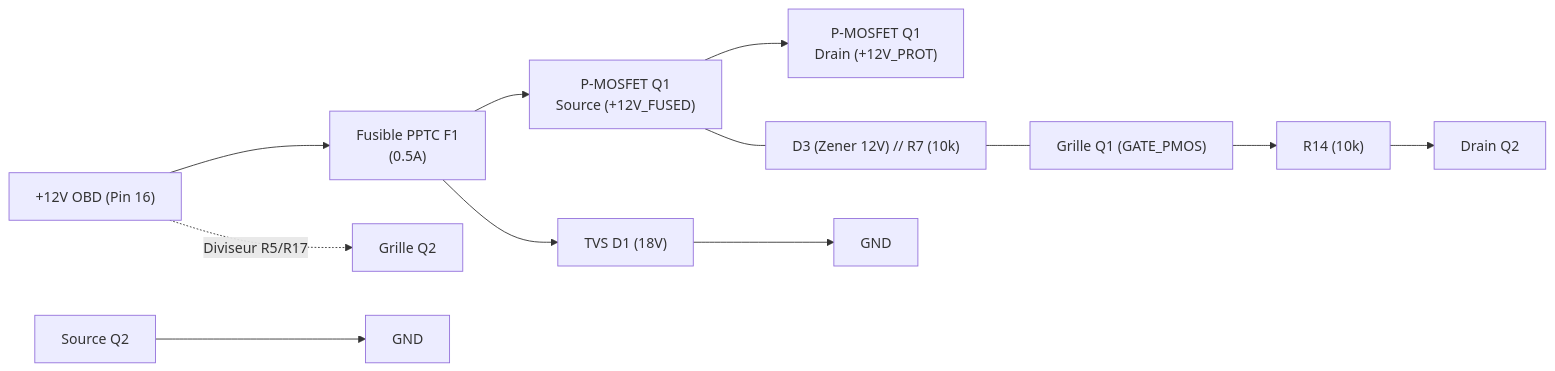
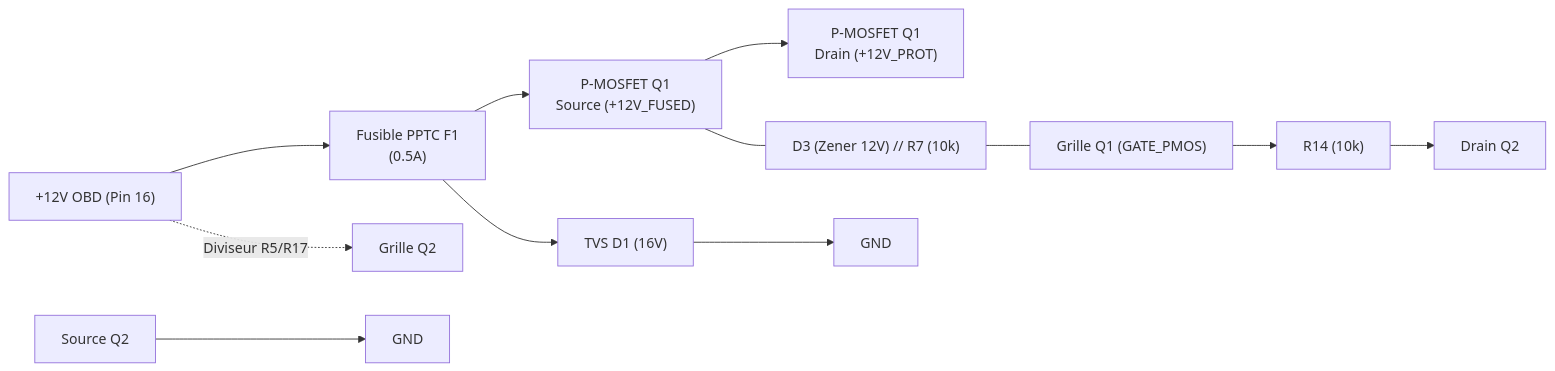
The second of 9 diagrams in HARDWARE.md (nitrogene/OBD2), drawn with Mermaid before and after one commit. The commit also changed other lines of this file and 11 other files, not shown here.

First line of the commit message:
feat(schematic): securisation K-Line, alimentation Buck, strapping IO0 et VBUS

````diff
--- a/HARDWARE.md
+++ b/HARDWARE.md
@@ -93,22 +93,22 @@
 ```mermaid
 %%{init: {
   'themeVariables': {
     'fontFamily': 'Consolas, "Courier New", monospace',
     'fontSize': '12px'
   },
   'flowchart': {
     'curve': 'stepBefore',
     'nodeSpacing': 25,
     'rankSpacing': 30
   }
 }}%%
 flowchart LR
     IN["+12V OBD (Pin 16)"] --> F1["Fusible PPTC F1\n(0.5A)"]
     F1 --> Q1_S["P-MOSFET Q1\nSource (+12V_FUSED)"]
     Q1_S --> Q1_D["P-MOSFET Q1\nDrain (+12V_PROT)"]
-    F1 --> D1["TVS D1 (18V)"] --> GND1["GND"]
+    F1 --> D1["TVS D1 (16V)"] --> GND1["GND"]
     Q1_S --- D3_R7["D3 (Zener 12V) // R7 (10k)"] --- Q1_G["Grille Q1 (GATE_PMOS)"]
     Q1_G --> R14["R14 (10k)"] --> Q2_D["Drain Q2"]
     Q2_S["Source Q2"] --> GND2["GND"]
     IN -.->|Diviseur R5/R17| Q2_G["Grille Q2"]
 ```
````
